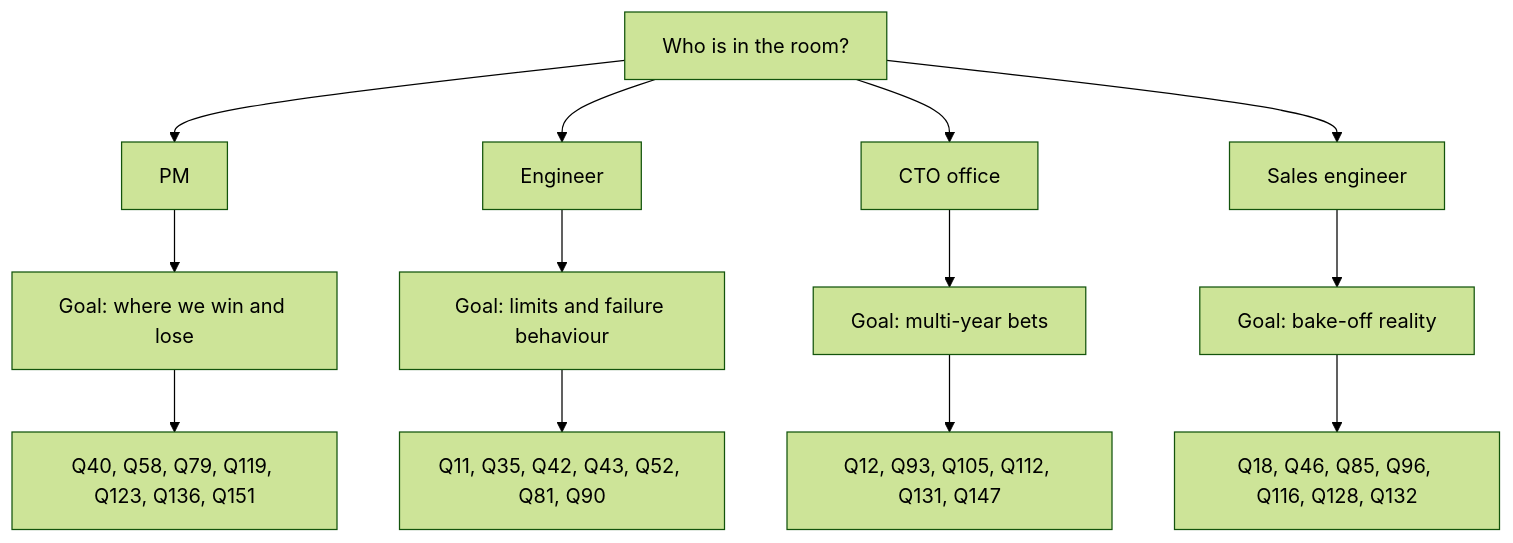
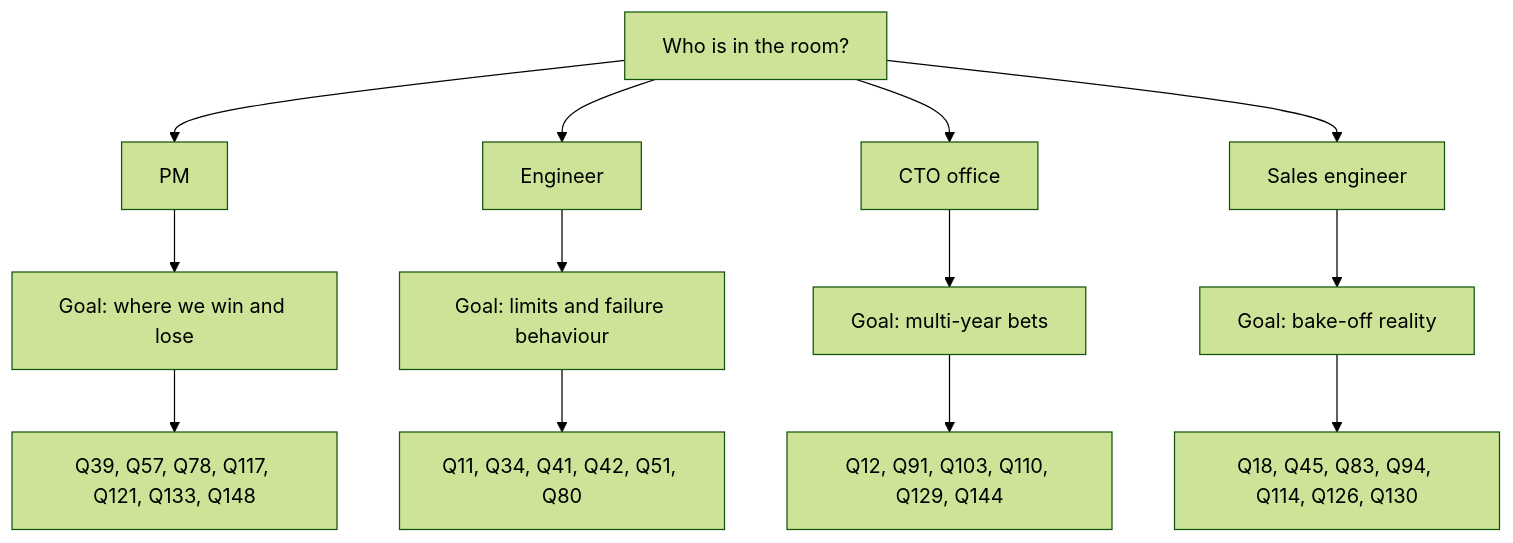
One commit to FrankHuang94/storage-_db_claude changed the second of 2 diagrams in docs/08-conversation-toolkit/57-question-bank.md. Above: the diagram before and after it, drawn with Mermaid (forest theme). The commit also changed other lines of this file and 10 other files, not shown here.

````diff
--- a/docs/08-conversation-toolkit/57-question-bank.md
+++ b/docs/08-conversation-toolkit/57-question-bank.md
@@ -70,15 +64,15 @@
 ```mermaid
 flowchart TD
     A["Who is in the room?"] --> PM["PM"]
     A --> EN["Engineer"]
     A --> CT["CTO office"]
     A --> SE["Sales engineer"]
     PM --> G1["Goal: where we win and lose"]
-    G1 --> Q1["Q40, Q58, Q79, Q119, Q123, Q136, Q151"]
+    G1 --> Q1["Q39, Q57, Q78, Q117, Q121, Q133, Q148"]
     EN --> G2["Goal: limits and failure behaviour"]
-    G2 --> Q2["Q11, Q35, Q42, Q43, Q52, Q81, Q90"]
+    G2 --> Q2["Q11, Q34, Q41, Q42, Q51, Q80"]
     CT --> G3["Goal: multi-year bets"]
-    G3 --> Q3["Q12, Q93, Q105, Q112, Q131, Q147"]
+    G3 --> Q3["Q12, Q91, Q103, Q110, Q129, Q144"]
     SE --> G4["Goal: bake-off reality"]
-    G4 --> Q4["Q18, Q46, Q85, Q96, Q116, Q128, Q132"]
+    G4 --> Q4["Q18, Q45, Q83, Q94, Q114, Q126, Q130"]
 ```
````
